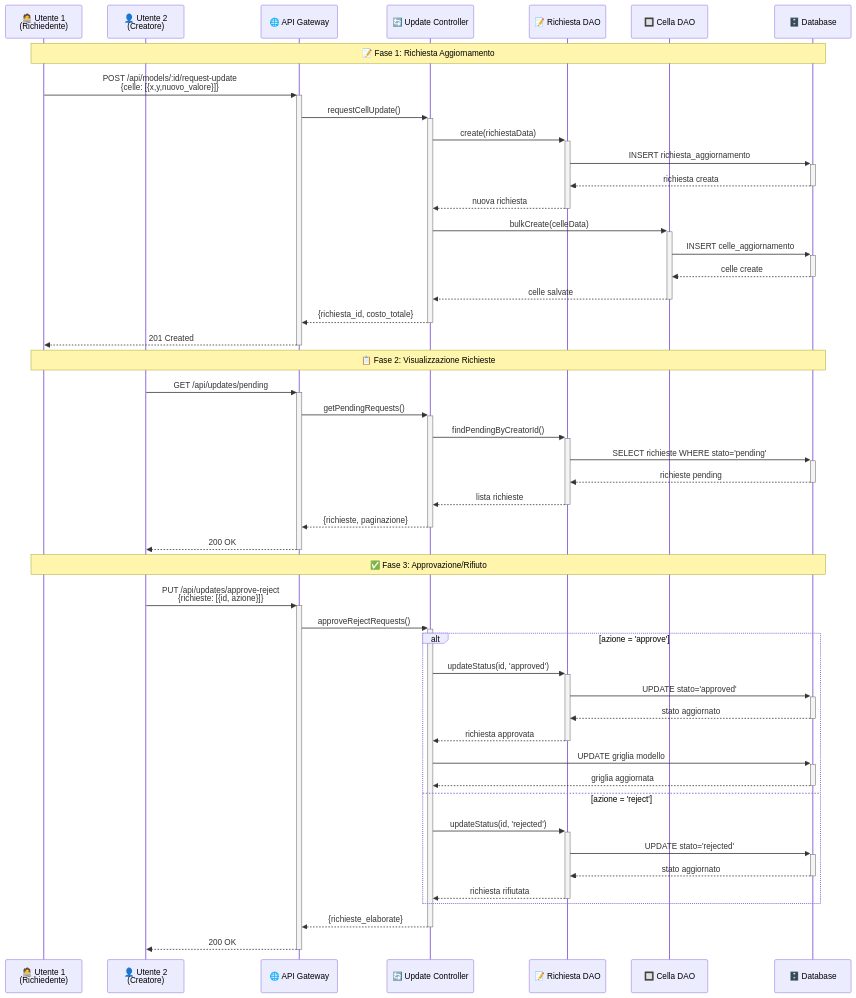
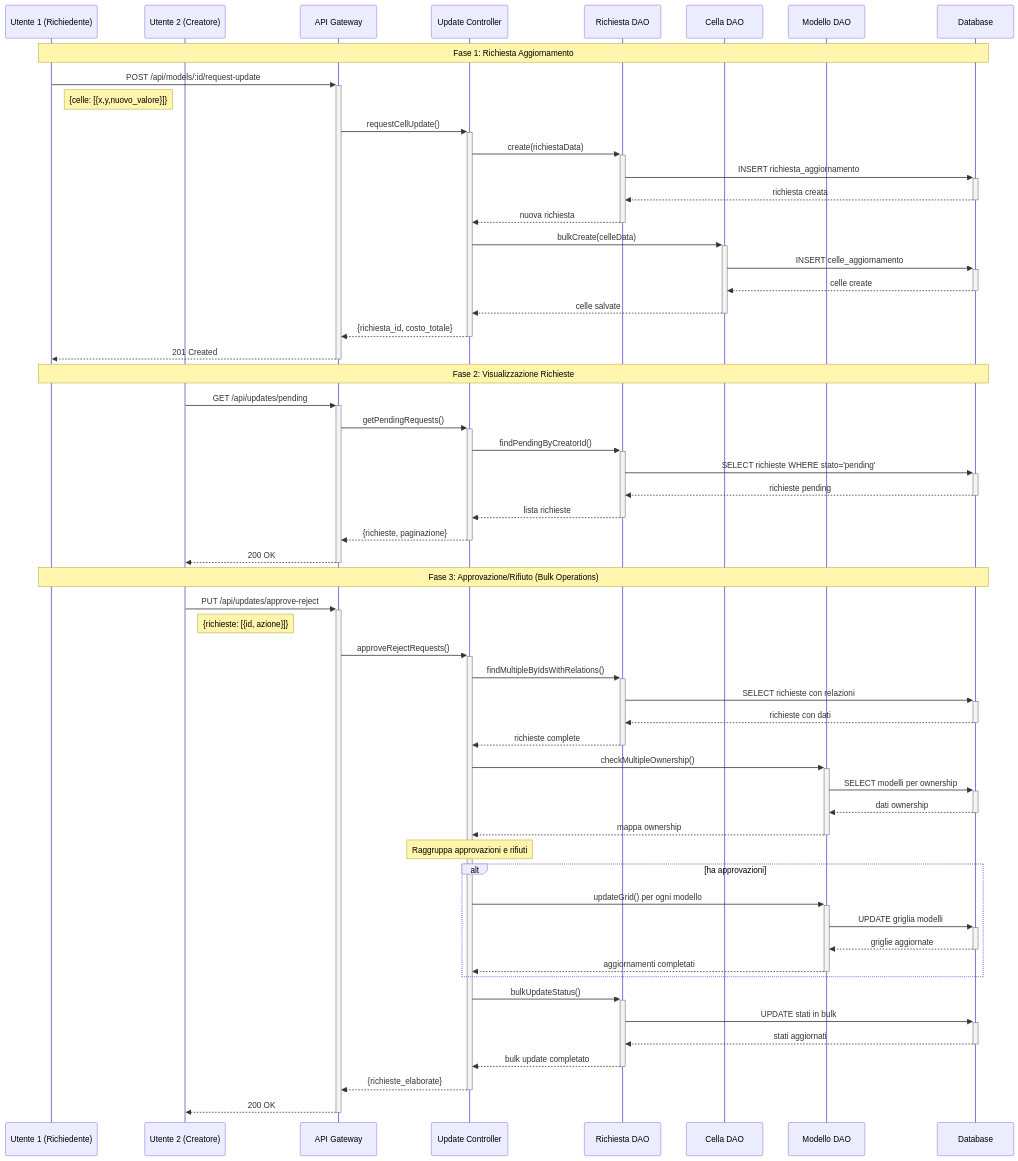
The eighth of 10 diagrams in README.md (HoxhaEmanuel/Progetto-Programmazione-Avanzata), drawn with Mermaid before and after one commit. The commit also changed other lines of this file, not shown here.

````diff
--- a/README.md
+++ b/README.md
@@ -280,58 +716,71 @@
 ```mermaid
 sequenceDiagram
-    participant U1 as 🧑‍💻 Utente 1<br/>(Richiedente)
-    participant U2 as 👤 Utente 2<br/>(Creatore)
-    participant API as 🌐 API Gateway
-    participant UC as 🔄 Update Controller
-    participant RDAO as 📝 Richiesta DAO
-    participant CDAO as 🔲 Cella DAO
-    participant DB as 🗄️ Database
+    participant U1 as Utente 1 (Richiedente)
+    participant U2 as Utente 2 (Creatore)
+    participant API as API Gateway
+    participant UC as Update Controller
+    participant RDAO as Richiesta DAO
+    participant CDAO as Cella DAO
+    participant MDAO as Modello DAO
+    participant DB as Database
     
-    Note over U1,DB: 📝 Fase 1: Richiesta Aggiornamento
+    Note over U1,DB: Fase 1: Richiesta Aggiornamento
     
-    U1->>+API: POST /api/models/:id/request-update<br/>{celle: [{x,y,nuovo_valore}]}
+    U1->>+API: POST /api/models/:id/request-update
+    Note right of U1: {celle: [{x,y,nuovo_valore}]}
     API->>+UC: requestCellUpdate()
     UC->>+RDAO: create(richiestaData)
     RDAO->>+DB: INSERT richiesta_aggiornamento
     DB-->>-RDAO: richiesta creata
     RDAO-->>-UC: nuova richiesta
     UC->>+CDAO: bulkCreate(celleData)
     CDAO->>+DB: INSERT celle_aggiornamento
     DB-->>-CDAO: celle create
     CDAO-->>-UC: celle salvate
     UC-->>-API: {richiesta_id, costo_totale}
     API-->>-U1: 201 Created
     
-    Note over U1,DB: 📋 Fase 2: Visualizzazione Richieste
+    Note over U1,DB: Fase 2: Visualizzazione Richieste
     
     U2->>+API: GET /api/updates/pending
     API->>+UC: getPendingRequests()
     UC->>+RDAO: findPendingByCreatorId()
     RDAO->>+DB: SELECT richieste WHERE stato='pending'
     DB-->>-RDAO: richieste pending
     RDAO-->>-UC: lista richieste
     UC-->>-API: {richieste, paginazione}
     API-->>-U2: 200 OK
     
-    Note over U1,DB: ✅ Fase 3: Approvazione/Rifiuto
+    Note over U1,DB: Fase 3: Approvazione/Rifiuto (Bulk Operations)
     
-    U2->>+API: PUT /api/updates/approve-reject<br/>{richieste: [{id, azione}]}
+    U2->>+API: PUT /api/updates/approve-reject
+    Note right of U2: {richieste: [{id, azione}]}
     API->>+UC: approveRejectRequests()
     
-    alt azione = 'approve'
-        UC->>+RDAO: updateStatus(id, 'approved')
-        RDAO->>+DB: UPDATE stato='approved'
-        DB-->>-RDAO: stato aggiornato
-        RDAO-->>-UC: richiesta approvata
-        UC->>+DB: UPDATE griglia modello
-        DB-->>-UC: griglia aggiornata
-    else azione = 'reject'
-        UC->>+RDAO: updateStatus(id, 'rejected')
-        RDAO->>+DB: UPDATE stato='rejected'
-        DB-->>-RDAO: stato aggiornato
-        RDAO-->>-UC: richiesta rifiutata
+    UC->>+RDAO: findMultipleByIdsWithRelations()
+    RDAO->>+DB: SELECT richieste con relazioni
+    DB-->>-RDAO: richieste con dati
+    RDAO-->>-UC: richieste complete
+    
+    UC->>+MDAO: checkMultipleOwnership()
+    MDAO->>+DB: SELECT modelli per ownership
+    DB-->>-MDAO: dati ownership
+    MDAO-->>-UC: mappa ownership
+    
+    Note over UC: Raggruppa approvazioni e rifiuti
+    
+    alt ha approvazioni
+        UC->>+MDAO: updateGrid() per ogni modello
+        MDAO->>+DB: UPDATE griglia modelli
+        DB-->>-MDAO: griglie aggiornate
+        MDAO-->>-UC: aggiornamenti completati
     end
+    
+    UC->>+RDAO: bulkUpdateStatus()
+    RDAO->>+DB: UPDATE stati in bulk
+    DB-->>-RDAO: stati aggiornati
+    RDAO-->>-UC: bulk update completato
     
     UC-->>-API: {richieste_elaborate}
     API-->>-U2: 200 OK
 ```
````
